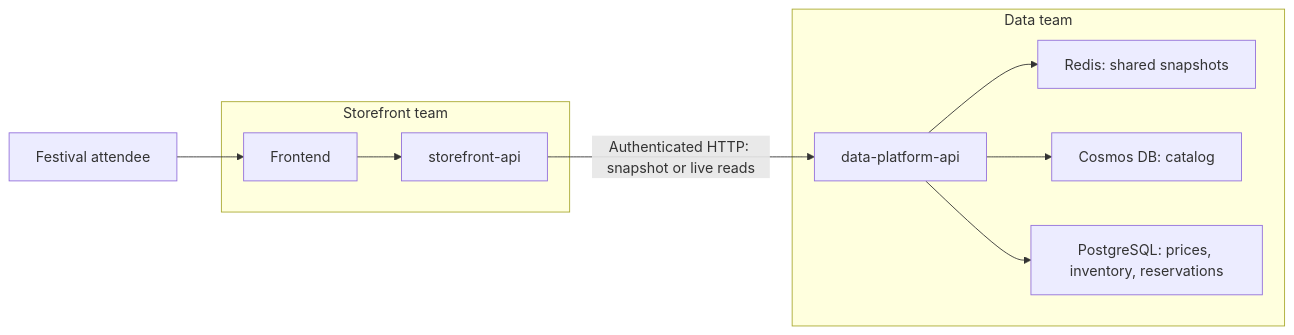
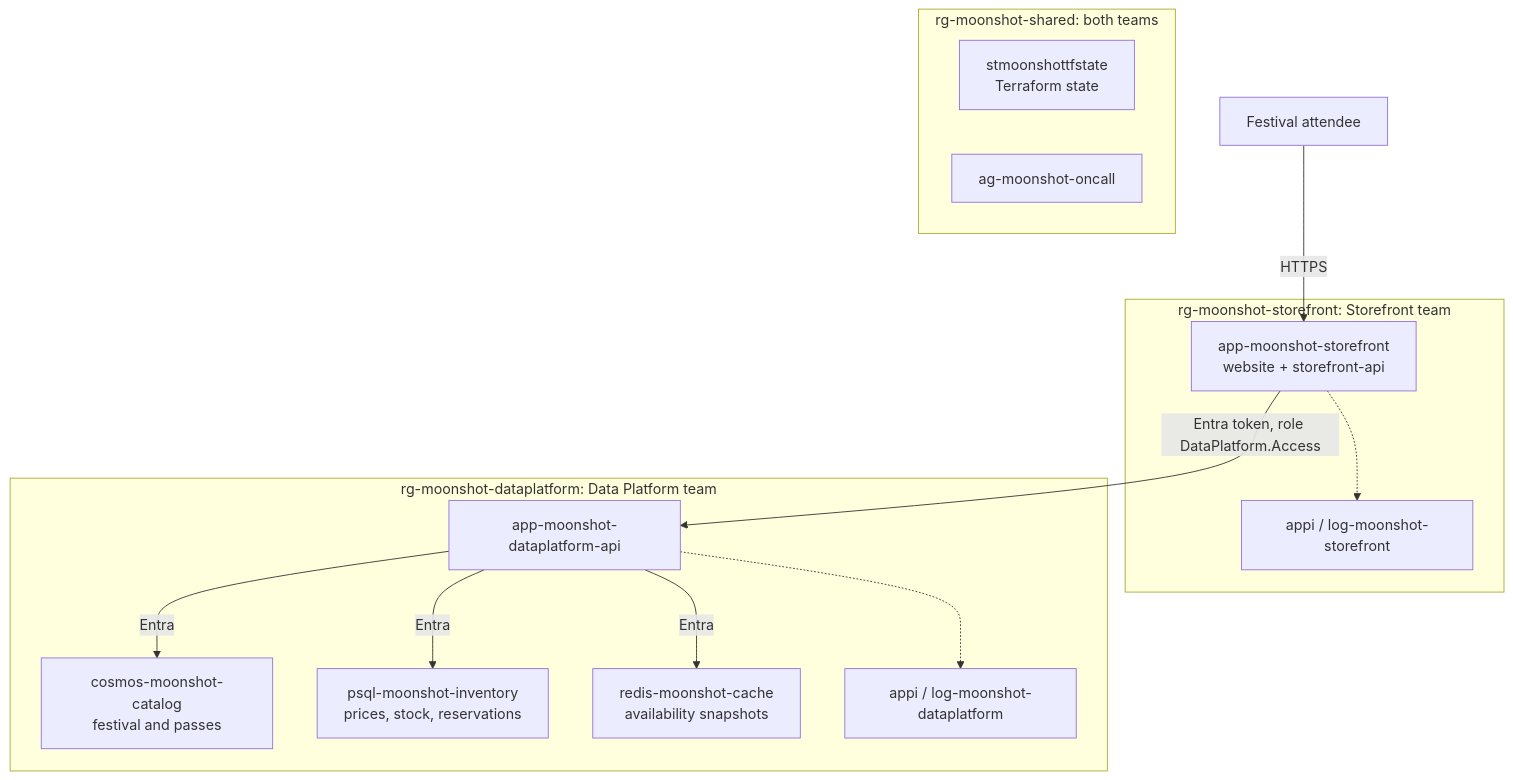
The first of 2 diagrams in README.md (sanchitmehta/moonshot-concert), drawn with Mermaid before and after one commit. The commit also changed other lines of this file and 4 other files, not shown here.

````diff
--- a/README.md
+++ b/README.md
@@ -260,19 +246,25 @@
 ```mermaid
-flowchart LR
-    Browser["Festival attendee"] --> Frontend
-    subgraph App["Storefront team"]
-        Frontend["Frontend"]
-        Booking["storefront-api"]
-        Frontend --> Booking
+flowchart TB
+    Guest["Festival attendee"] -->|HTTPS| Storefront
+    subgraph SF["rg-moonshot-storefront: Storefront team"]
+        Storefront["app-moonshot-storefront<br/>website + storefront-api"]
+        SFMon["appi / log-moonshot-storefront"]
     end
-    subgraph Data["Data team"]
-        API["data-platform-api"]
-        Cache["Redis: shared snapshots"]
-        Cosmos["Cosmos DB: catalog"]
-        Postgres["PostgreSQL: prices, inventory, reservations"]
-        API --> Cache
-        API --> Cosmos
-        API --> Postgres
+    subgraph DP["rg-moonshot-dataplatform: Data Platform team"]
+        DataApi["app-moonshot-dataplatform-api"]
+        Cosmos["cosmos-moonshot-catalog<br/>festival and passes"]
+        Postgres["psql-moonshot-inventory<br/>prices, stock, reservations"]
+        Redis["redis-moonshot-cache<br/>availability snapshots"]
+        DPMon["appi / log-moonshot-dataplatform"]
     end
-    Booking -->|"Authenticated HTTP: snapshot or live reads"| API
+    subgraph SH["rg-moonshot-shared: both teams"]
+        State["stmoonshottfstate<br/>Terraform state"]
+        OnCall["ag-moonshot-oncall"]
+    end
+    Storefront -->|"Entra token, role DataPlatform.Access"| DataApi
+    DataApi -->|Entra| Cosmos
+    DataApi -->|Entra| Postgres
+    DataApi -->|Entra| Redis
+    Storefront -.-> SFMon
+    DataApi -.-> DPMon
 ```
````
